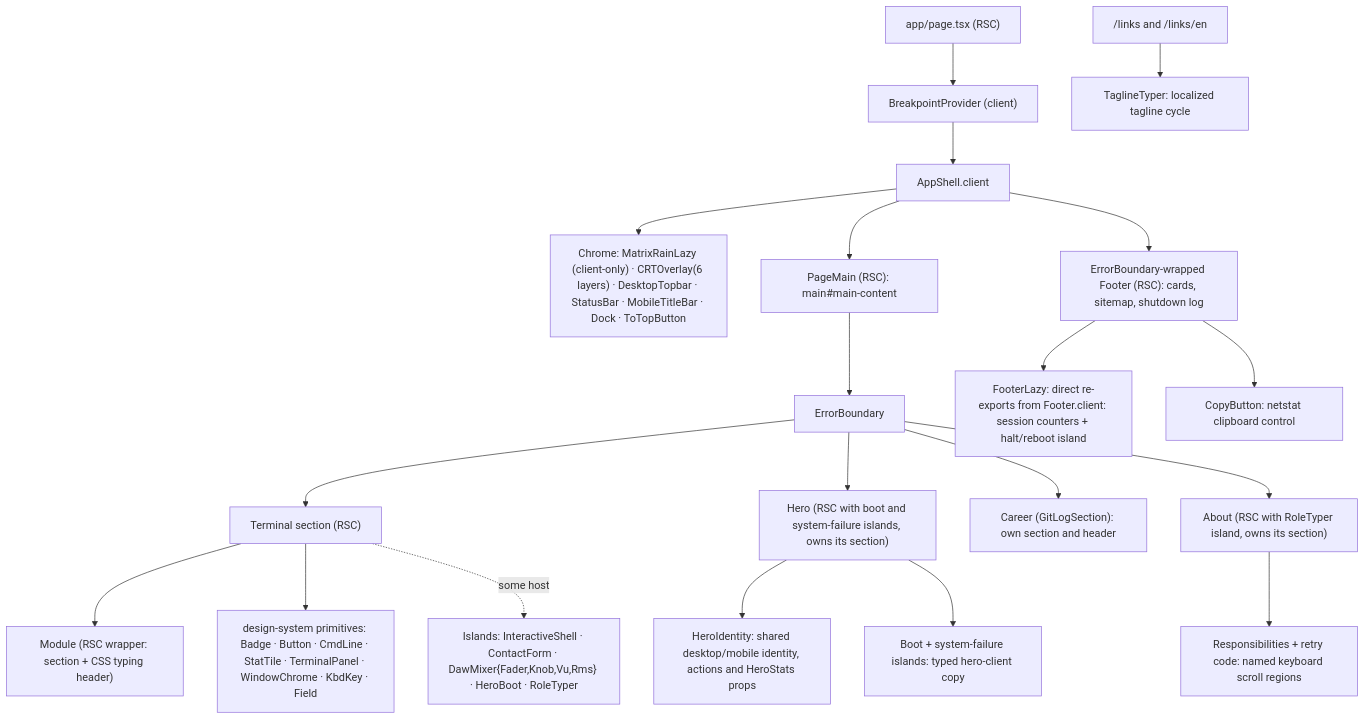
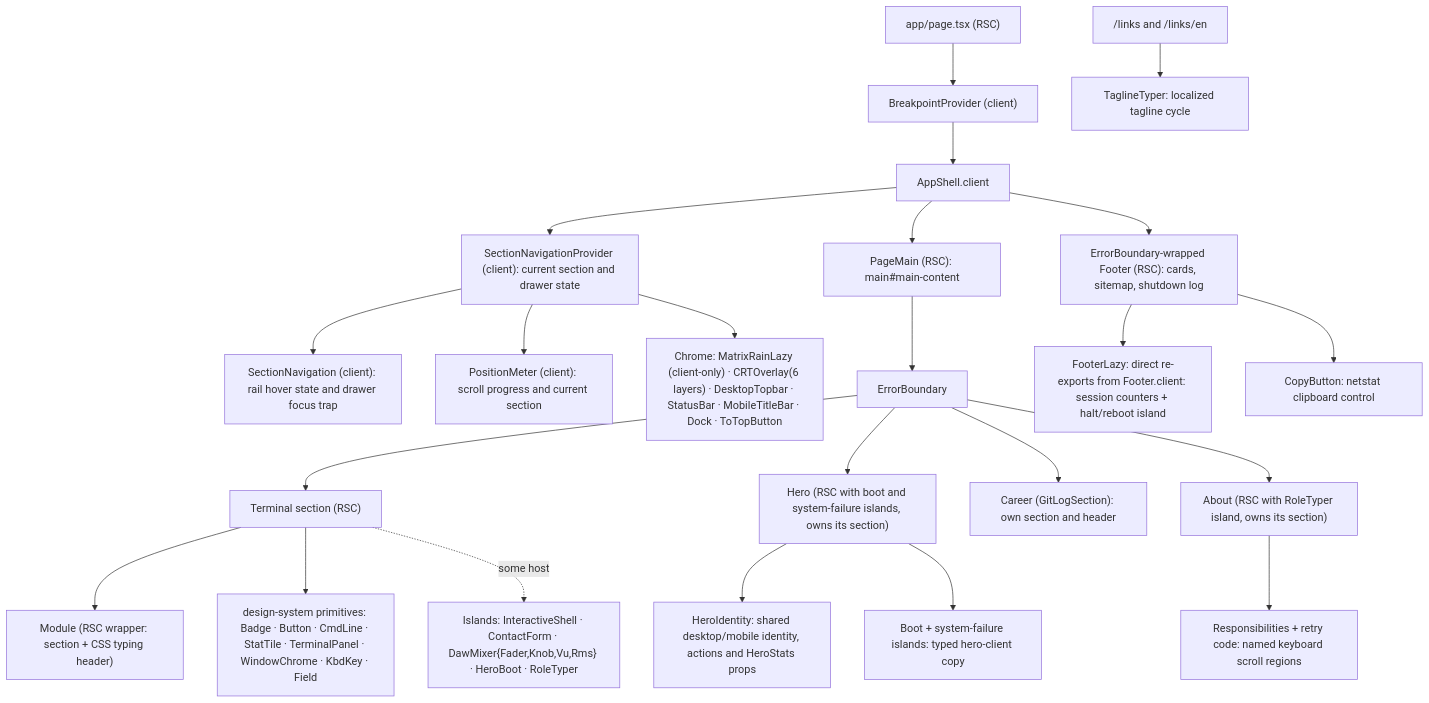
Before and after one commit to erikunha/portfolio: the first of 2 diagrams in docs/04-components-and-state.md, drawn with Mermaid. The commit also changed other lines of this file and 6 other files, not shown here.

First line of the commit message:
fix(navigation): share drawer identity and document client islands

````diff
--- a/docs/04-components-and-state.md
+++ b/docs/04-components-and-state.md
@@ -26,22 +26,25 @@
 ```mermaid
 flowchart TD
     page["app/page.tsx (RSC)"] --> bp["BreakpointProvider (client)"]
     bp --> shell["AppShell.client"]
-    shell --> chrome["Chrome: MatrixRainLazy (client-only) · CRTOverlay(6 layers) · DesktopTopbar · StatusBar · MobileTitleBar · Dock · ToTopButton"]
+    shell --> navigation["SectionNavigationProvider (client): current section and drawer state"]
+    navigation --> rail["SectionNavigation (client): rail hover state and drawer focus trap"]
+    navigation --> position["PositionMeter (client): scroll progress and current section"]
+    navigation --> chrome["Chrome: MatrixRainLazy (client-only) · CRTOverlay(6 layers) · DesktopTopbar · StatusBar · MobileTitleBar · Dock · ToTopButton"]
     shell --> main["PageMain (RSC): main#main-content"]
     main --> eb["ErrorBoundary"]
     eb --> sec["Terminal section (RSC)"]
     sec --> mod["Module (RSC wrapper: section + CSS typing header)"]
     sec --> dsp["design-system primitives: Badge · Button · CmdLine · StatTile · TerminalPanel · WindowChrome · KbdKey · Field"]
     sec -. some host .-> isl["Islands: InteractiveShell · ContactForm · DawMixer{Fader,Knob,Vu,Rms} · HeroBoot · RoleTyper"]
     eb --> hero["Hero (RSC with boot and system-failure islands, owns its section)"]
     hero --> identity["HeroIdentity: shared desktop/mobile identity, actions and HeroStats props"]
     hero --> clientcopy["Boot + system-failure islands: typed hero-client copy"]
     eb --> career["Career (GitLogSection): own section and header"]
     eb --> about["About (RSC with RoleTyper island, owns its section)"]
     about --> scroll["Responsibilities + retry code: named keyboard scroll regions"]
     shell --> fl["ErrorBoundary-wrapped Footer (RSC): cards, sitemap, shutdown log"]
     fl --> fi["FooterLazy: direct re-exports from Footer.client: session counters + halt/reboot island"]
     fl --> fc["CopyButton: netstat clipboard control"]
     links["/links and /links/en"] --> tagline["TaglineTyper: localized tagline cycle"]
 ```
````
